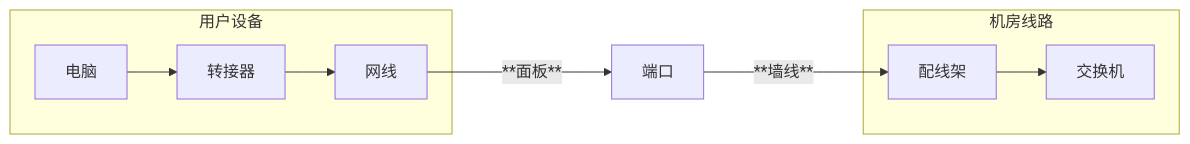
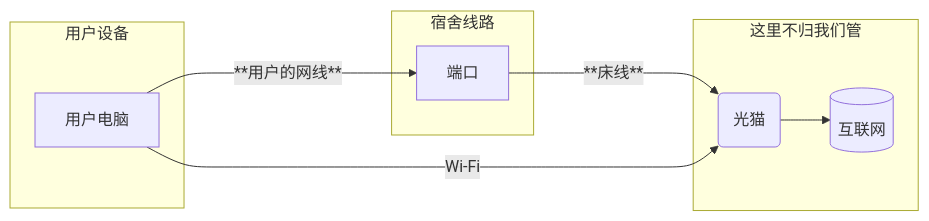
The fourth of 4 diagrams in docs/wiki/05-基础知识/01-学校的网络结构.md (ZSCNetSupportDept/website), drawn with Mermaid before and after one commit. The commit also changed other lines of this file and 6 other files, not shown here.

````diff
--- a/docs/wiki/05-基础知识/01-学校的网络结构.md
+++ b/docs/wiki/05-基础知识/01-学校的网络结构.md
@@ -80,13 +116,18 @@
-``` mermaid
-
-
+```mermaid
 graph LR
     subgraph 用户设备
-    电脑-->转接器-->网线;
+    用户电脑
+    end
+    
+    subgraph  宿舍线路 
+    用户电脑--**用户的网线**--->端口
+    end
+    
+    subgraph 这里不归我们管
+    端口--**床线**--->gm(光猫)
+    gm-->hlw[(互联网)]
     end 
-    网线--**面板**--->端口--**墙线**--->配线架
-    subgraph 机房线路
-    配线架-->交换机;
-    end
+    
+    用户电脑--Wi-Fi-->gm
 
 ```
````
